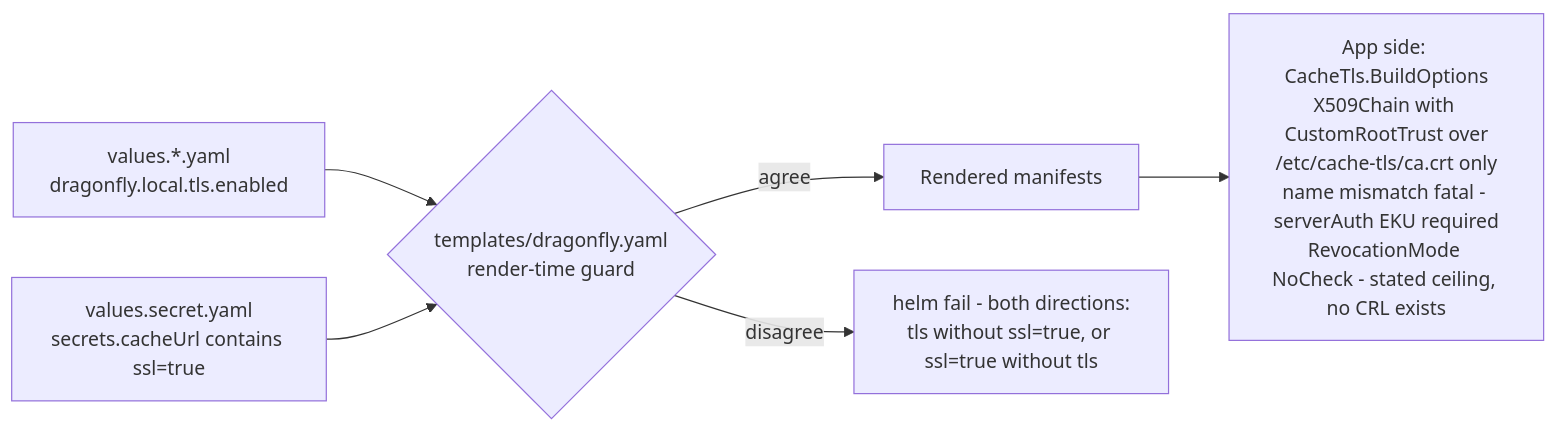
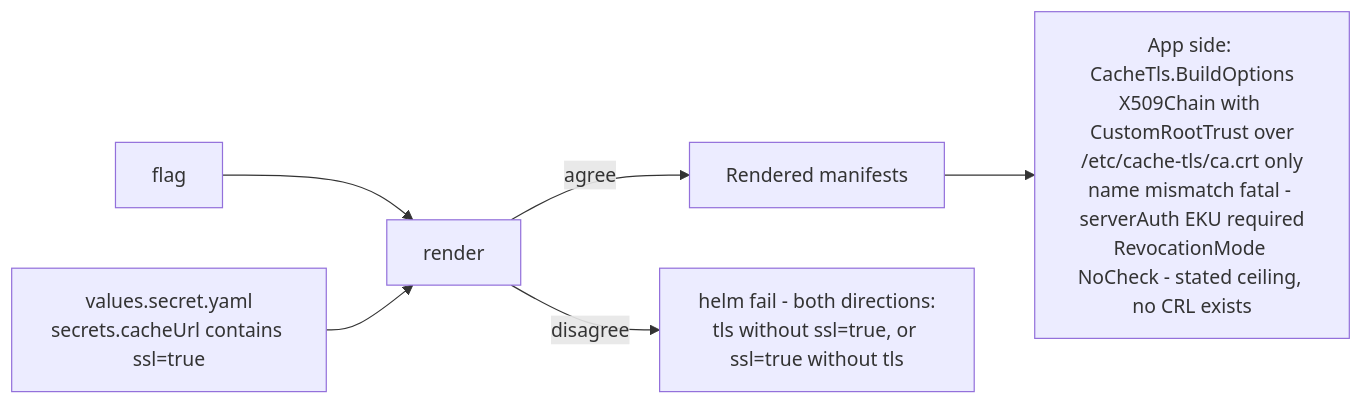
The third of 27 diagrams in docs/DIAGRAMS.md (GuillaumeCariou/RediensIAM), drawn with Mermaid before and after one commit. The commit also changed other lines of this file and 93 other files, not shown here.

````diff
--- a/docs/DIAGRAMS.md
+++ b/docs/DIAGRAMS.md
@@ -138,14 +133,12 @@
 ```mermaid
 flowchart LR
-    flag["values.*.yaml<br/>dragonfly.local.tls.enabled"]
     url["values.secret.yaml<br/>secrets.cacheUrl contains ssl=true"]
-    render{"templates/dragonfly.yaml<br/>render-time guard"}
     ok["Rendered manifests"]
     fail["helm fail - both directions:<br/>tls without ssl=true, or ssl=true without tls"]
 
     flag --> render
     url --> render
     render -->|"agree"| ok
     render -->|"disagree"| fail
     ok --> pinned["App side: CacheTls.BuildOptions<br/>X509Chain with CustomRootTrust over<br/>/etc/cache-tls/ca.crt only<br/>name mismatch fatal - serverAuth EKU required<br/>RevocationMode NoCheck - stated ceiling, no CRL exists"]
 ```
````
